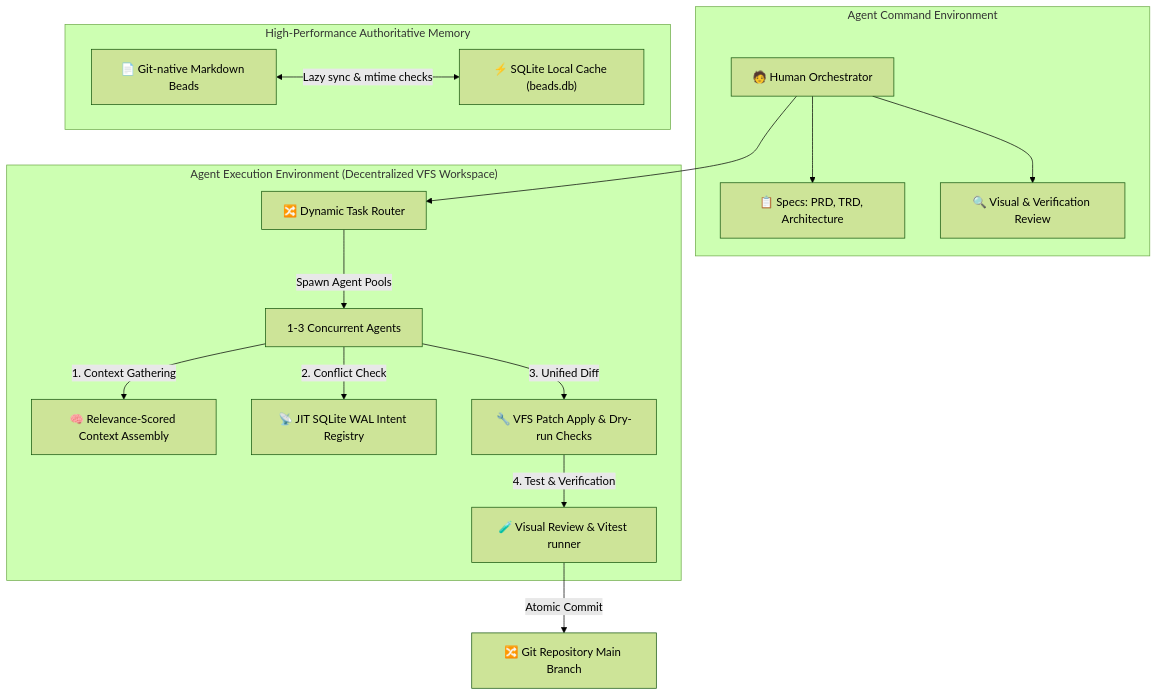
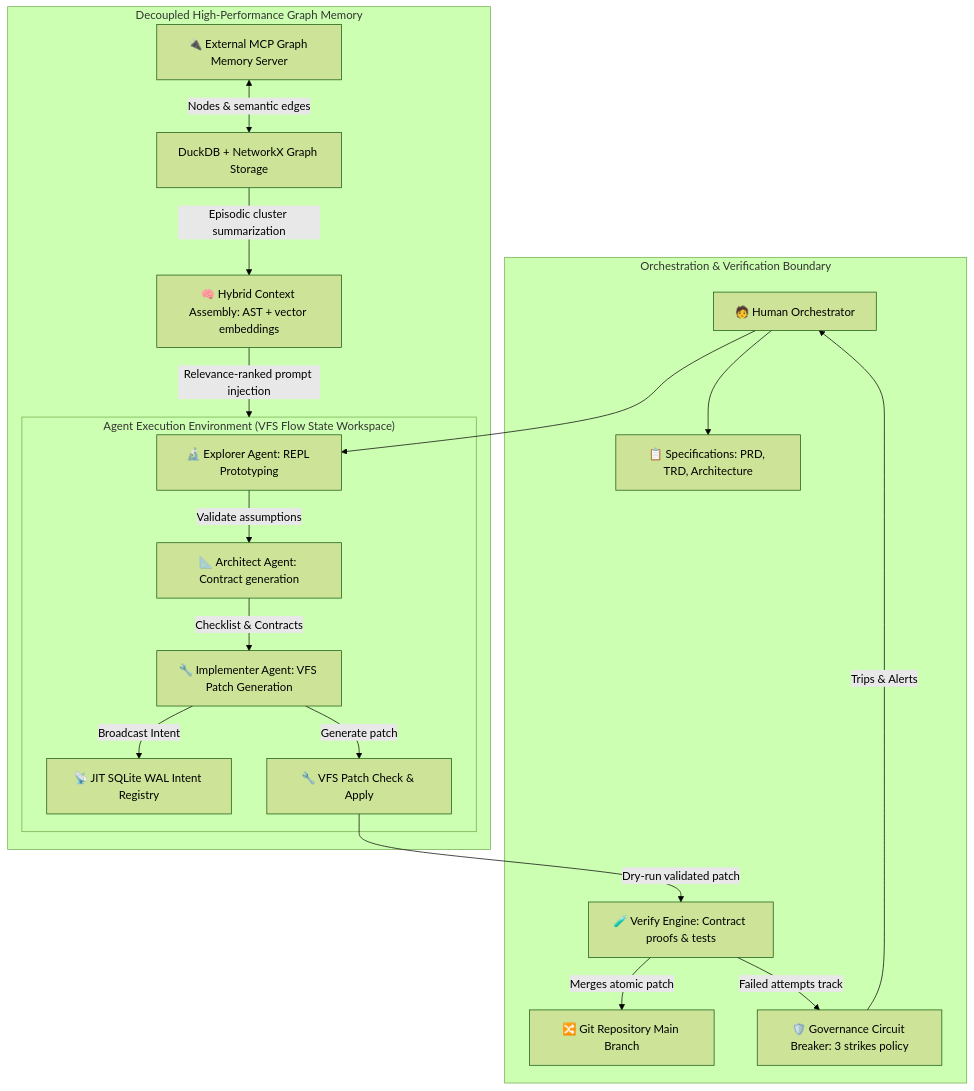
The diagram in Architecture.md (VINYASGM/antiskills), drawn with Mermaid (forest theme) before and after one commit. The commit also changed other lines of this file and 22 other files, not shown here.

Commit message:
feat(v3): implement V3 AI-Native Flow State & Contract-Proven OS

````diff
--- a/Architecture.md
+++ b/Architecture.md
@@ -15,23 +15,26 @@
 ```mermaid
 graph TD
-    subgraph ACE["Agent Command Environment"]
+    subgraph ACE["Orchestration & Verification Boundary"]
         H["🧑 Human Orchestrator"]
-        H --> SPEC["📋 Specs: PRD, TRD, Architecture"]
-        H --> REVIEW["🔍 Visual & Verification Review"]
+        H --> SPEC["📋 Specifications: PRD, TRD, Architecture"]
+        VERIFY["🧪 Verify Engine: Contract proofs & tests"] -->|Merges atomic patch| GIT_HEAD["🔀 Git Repository Main Branch"]
+        GOV["🛡️ Governance Circuit Breaker: 3 strikes policy"] -->|Trips & Alerts| H
     end
 
-    subgraph AEE["Agent Execution Environment (Decentralized VFS Workspace)"]
-        ROUTER["🔀 Dynamic Task Router"] -->|Spawn Agent Pools| ACTORS[1-3 Concurrent Agents]
-        ACTORS -->|1. Context Gathering| CONTEXT["🧠 Relevance-Scored Context Assembly"]
-        ACTORS -->|2. Conflict Check| INTENT["📡 JIT SQLite WAL Intent Registry"]
-        ACTORS -->|3. Unified Diff| PATCH["🔧 VFS Patch Apply & Dry-run Checks"]
-        PATCH -->|4. Test & Verification| VERIFY["🧪 Visual Review & Vitest runner"]
+    subgraph AEE["Agent Execution Environment (VFS Flow State Workspace)"]
+        EXPLORER["🔬 Explorer Agent: REPL Prototyping"] -->|Validate assumptions| ARCHITECT["📐 Architect Agent: Contract generation"]
+        ARCHITECT -->|Checklist & Contracts| IMPLEMENTER["🔧 Implementer Agent: VFS Patch Generation"]
+        IMPLEMENTER -->|Broadcast Intent| INTENT["📡 JIT SQLite WAL Intent Registry"]
+        IMPLEMENTER -->|Generate patch| PATCH["🔧 VFS Patch Check & Apply"]
+        PATCH -->|Dry-run validated patch| VERIFY
     end
 
-    subgraph MEM["High-Performance Authoritative Memory"]
-        MD_B["📄 Git-native Markdown Beads"] <-->|Lazy sync & mtime checks| SQL_C["⚡ SQLite Local Cache (beads.db)"]
+    subgraph MEM["Decoupled High-Performance Graph Memory"]
+        MCP_GRAPH["🔌 External MCP Graph Memory Server"] <-->|Nodes & semantic edges| DUCK_NX["DuckDB + NetworkX Graph Storage"]
+        DUCK_NX -->|Episodic cluster summarization| CONTEXT["🧠 Hybrid Context Assembly: AST + vector embeddings"]
+        CONTEXT -->|Relevance-ranked prompt injection| AEE
     end
 
-    H --> ROUTER
-    VERIFY -->|"Atomic Commit"| GIT_HEAD["🔀 Git Repository Main Branch"]
+    H --> EXPLORER
+    VERIFY -->|Failed attempts track| GOV
 ```
````
